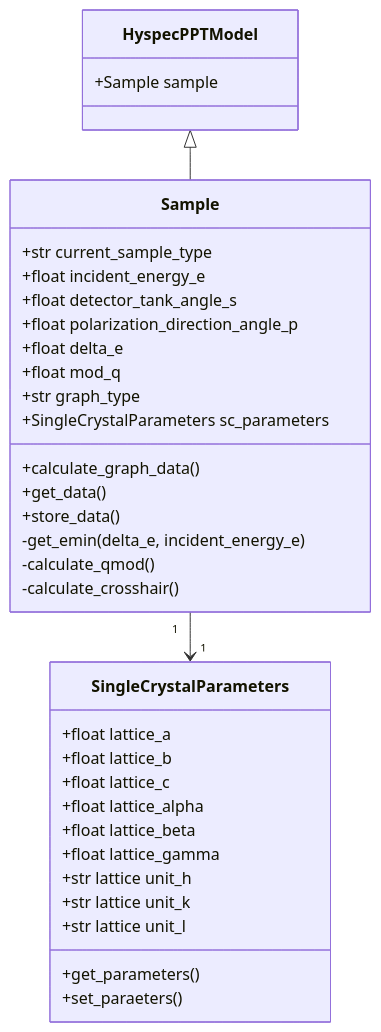
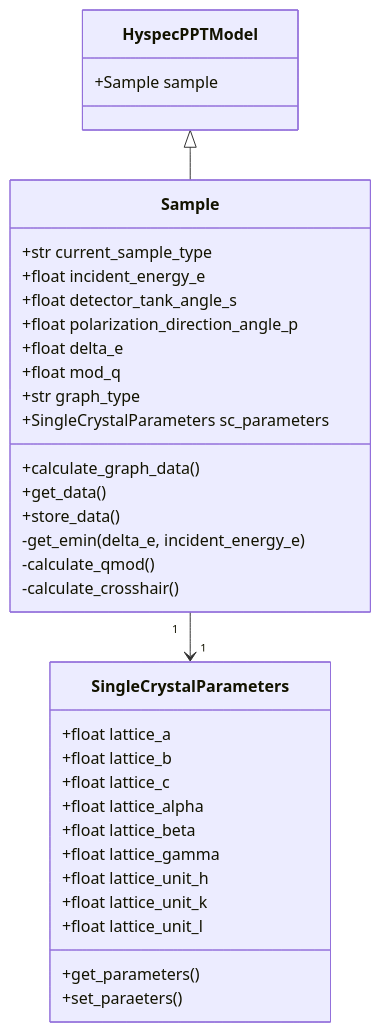
One commit to neutrons/hyspecppt changed the first of 3 diagrams in docs/source/design/hyspecpptclasses.rst. Above: the diagram before and after it, drawn with Mermaid. The commit also changed other lines of this file, not shown here.

Commit message:
lattice types, data caclulation functions

```diff
--- a/docs/source/design/hyspecpptclasses.rst
+++ b/docs/source/design/hyspecpptclasses.rst
@@ -15,41 +15,41 @@
 .. mermaid::
 
  classDiagram
     HyspecPPTModel <|-- Sample
     Sample "1" -->"1" SingleCrystalParameters
 
 
     class HyspecPPTModel{
         +Sample sample
     }
 
     class Sample{
         +str current_sample_type
         +float incident_energy_e
         +float detector_tank_angle_s
         +float polarization_direction_angle_p
         +float delta_e
         +float mod_q
         +str graph_type
         +SingleCrystalParameters sc_parameters
         +calculate_graph_data()
         +get_data()
         +store_data()
         -get_emin(delta_e, incident_energy_e)
         -calculate_qmod()
         -calculate_crosshair()
     }
 
     class SingleCrystalParameters{
         +float lattice_a
         +float lattice_b
         +float lattice_c
         +float lattice_alpha
         +float lattice_beta
         +float lattice_gamma
-        +str lattice unit_h
-        +str lattice unit_k
-        +str lattice unit_l
+        +float lattice_unit_h
+        +float lattice_unit_k
+        +float lattice_unit_l
         +get_parameters()
         +set_paraeters()
     }
```
